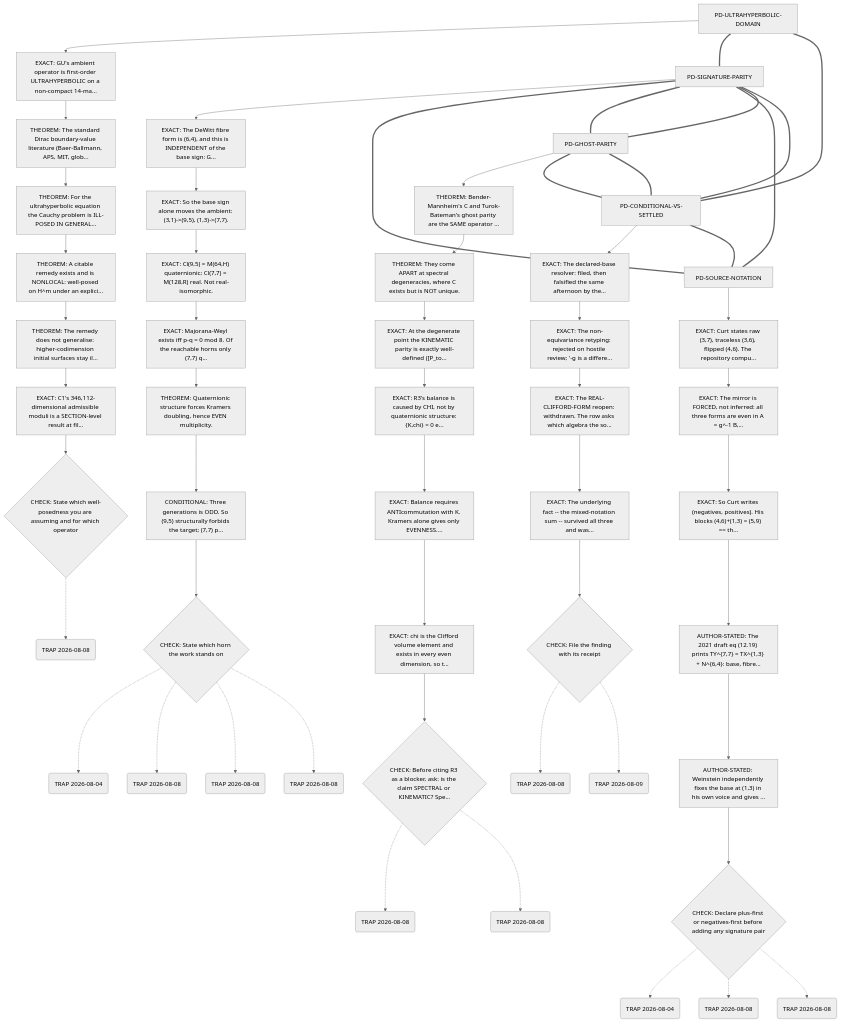
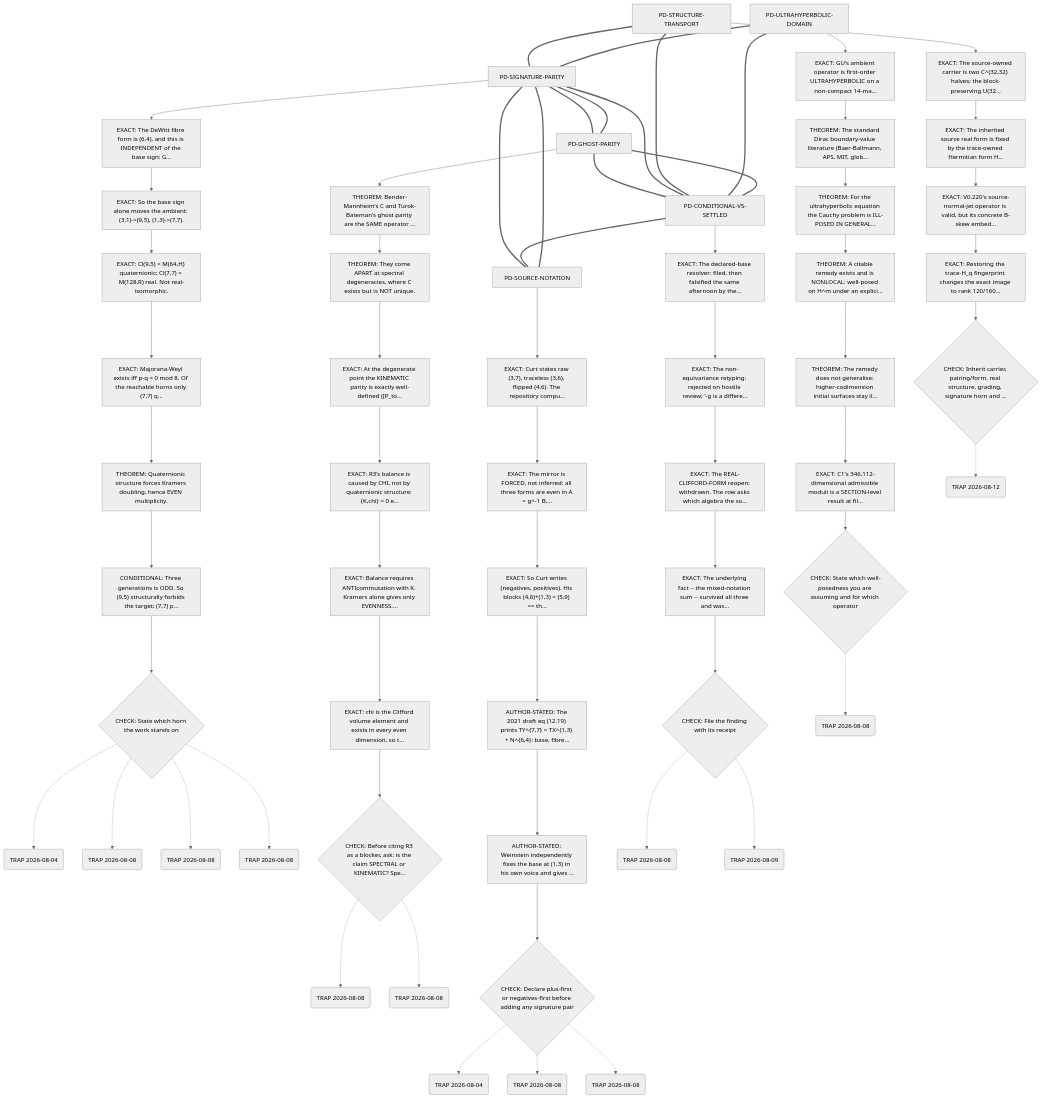
The diagram in lab/process/path-dependencies.md (disruptionjoe/gu-formalization), drawn with Mermaid (neutral theme) before and after one commit. The commit also changed other lines of this file and 11 other files, not shown here.

````diff
--- a/lab/process/path-dependencies.md
+++ b/lab/process/path-dependencies.md
@@ -102,6 +102,19 @@
   PD_ULTRAHYPERBOLIC_DOMAIN_s5 --> PD_ULTRAHYPERBOLIC_DOMAIN_chk
   PD_ULTRAHYPERBOLIC_DOMAIN_t0("TRAP 2026-08-08")
   PD_ULTRAHYPERBOLIC_DOMAIN_chk -.-> PD_ULTRAHYPERBOLIC_DOMAIN_t0
+  PD_STRUCTURE_TRANSPORT["PD-STRUCTURE-TRANSPORT"]
+  PD_STRUCTURE_TRANSPORT_s0["EXACT: The source-owned carrier is two C^(32,32) halves; the block-preserving U(32..."]
+  PD_STRUCTURE_TRANSPORT --> PD_STRUCTURE_TRANSPORT_s0
+  PD_STRUCTURE_TRANSPORT_s1["EXACT: The inherited source real form is fixed by the trace-owned Hermitian form H..."]
+  PD_STRUCTURE_TRANSPORT_s0 --> PD_STRUCTURE_TRANSPORT_s1
+  PD_STRUCTURE_TRANSPORT_s2["EXACT: V0.220's source-normal-jet operator is valid, but its concrete B-skew embed..."]
+  PD_STRUCTURE_TRANSPORT_s1 --> PD_STRUCTURE_TRANSPORT_s2
+  PD_STRUCTURE_TRANSPORT_s3["EXACT: Restoring the trace-H_q fingerprint changes the exact image to rank 120/160..."]
+  PD_STRUCTURE_TRANSPORT_s2 --> PD_STRUCTURE_TRANSPORT_s3
+  PD_STRUCTURE_TRANSPORT_chk{"CHECK: Inherit carrier, pairing/form, real structure, grading, signature horn and ..."}
+  PD_STRUCTURE_TRANSPORT_s3 --> PD_STRUCTURE_TRANSPORT_chk
+  PD_STRUCTURE_TRANSPORT_t0("TRAP 2026-08-12")
+  PD_STRUCTURE_TRANSPORT_chk -.-> PD_STRUCTURE_TRANSPORT_t0
   PD_SIGNATURE_PARITY === PD_SOURCE_NOTATION
   PD_SIGNATURE_PARITY === PD_GHOST_PARITY
   PD_GHOST_PARITY === PD_SIGNATURE_PARITY
@@ -112,4 +125,6 @@
   PD_CONDITIONAL_VS_SETTLED === PD_SOURCE_NOTATION
   PD_ULTRAHYPERBOLIC_DOMAIN === PD_SIGNATURE_PARITY
   PD_ULTRAHYPERBOLIC_DOMAIN === PD_CONDITIONAL_VS_SETTLED
+  PD_STRUCTURE_TRANSPORT === PD_CONDITIONAL_VS_SETTLED
+  PD_STRUCTURE_TRANSPORT === PD_SIGNATURE_PARITY
 ```
````
